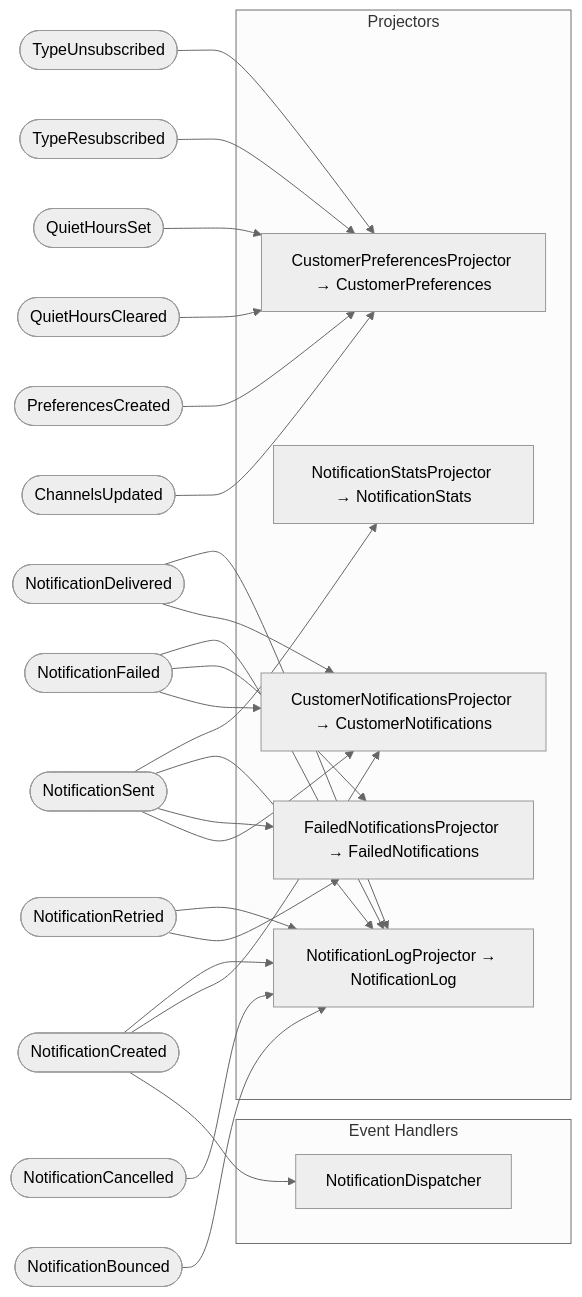
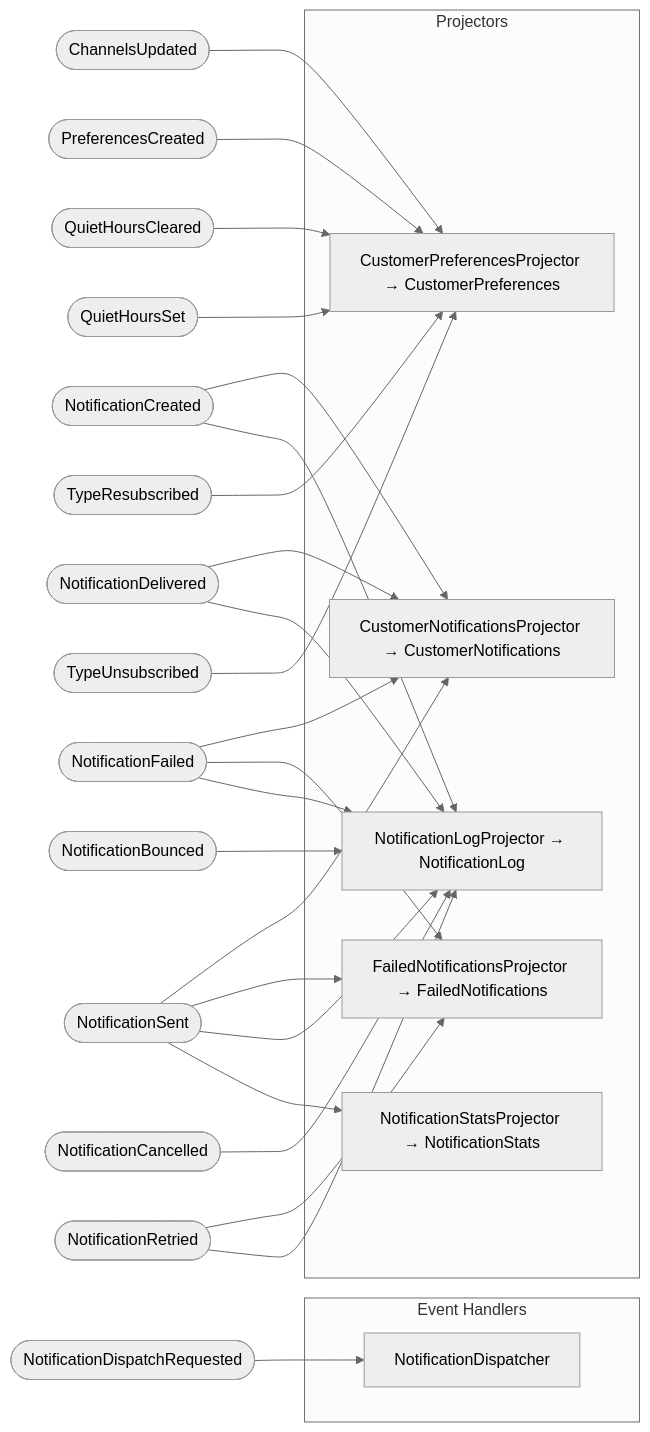
Before and after one commit to proteanhq/shopstream: the third of 3 diagrams in docs/notifications/event-flows.md, drawn with Mermaid (neutral theme). The commit also changed other lines of this file and 33 other files, not shown here.

````diff
--- a/docs/notifications/event-flows.md
+++ b/docs/notifications/event-flows.md
@@ -73,48 +79,49 @@
 ```mermaid
 flowchart LR
     evt_notifications_notification_events_NotificationBounced([NotificationBounced])
     evt_notifications_notification_events_NotificationCancelled([NotificationCancelled])
     evt_notifications_notification_events_NotificationCreated([NotificationCreated])
     evt_notifications_notification_events_NotificationDelivered([NotificationDelivered])
+    evt_notifications_notification_events_NotificationDispatchRequested([NotificationDispatchRequested])
     evt_notifications_notification_events_NotificationFailed([NotificationFailed])
     evt_notifications_notification_events_NotificationRetried([NotificationRetried])
     evt_notifications_notification_events_NotificationSent([NotificationSent])
     evt_notifications_preference_events_ChannelsUpdated([ChannelsUpdated])
     evt_notifications_preference_events_PreferencesCreated([PreferencesCreated])
     evt_notifications_preference_events_QuietHoursCleared([QuietHoursCleared])
     evt_notifications_preference_events_QuietHoursSet([QuietHoursSet])
     evt_notifications_preference_events_TypeResubscribed([TypeResubscribed])
     evt_notifications_preference_events_TypeUnsubscribed([TypeUnsubscribed])
     subgraph event_handlers["Event Handlers"]
         eh_notifications_notification_dispatch_NotificationDispatcher[NotificationDispatcher]
     end
     subgraph projectors["Projectors"]
         proj_notifications_projections_customer_notifications_CustomerNotificationsProjector[CustomerNotificationsProjector → CustomerNotifications]
         proj_notifications_projections_customer_preferences_CustomerPreferencesProjector[CustomerPreferencesProjector → CustomerPreferences]
         proj_notifications_projections_failed_notifications_FailedNotificationsProjector[FailedNotificationsProjector → FailedNotifications]
         proj_notifications_projections_notification_log_NotificationLogProjector[NotificationLogProjector → NotificationLog]
         proj_notifications_projections_notification_stats_NotificationStatsProjector[NotificationStatsProjector → NotificationStats]
     end
-    evt_notifications_notification_events_NotificationCreated --> eh_notifications_notification_dispatch_NotificationDispatcher
+    evt_notifications_notification_events_NotificationDispatchRequested --> eh_notifications_notification_dispatch_NotificationDispatcher
     evt_notifications_notification_events_NotificationCreated --> proj_notifications_projections_customer_notifications_CustomerNotificationsProjector
     evt_notifications_notification_events_NotificationDelivered --> proj_notifications_projections_customer_notifications_CustomerNotificationsProjector
     evt_notifications_notification_events_NotificationFailed --> proj_notifications_projections_customer_notifications_CustomerNotificationsProjector
     evt_notifications_notification_events_NotificationSent --> proj_notifications_projections_customer_notifications_CustomerNotificationsProjector
     evt_notifications_preference_events_ChannelsUpdated --> proj_notifications_projections_customer_preferences_CustomerPreferencesProjector
     evt_notifications_preference_events_PreferencesCreated --> proj_notifications_projections_customer_preferences_CustomerPreferencesProjector
     evt_notifications_preference_events_QuietHoursCleared --> proj_notifications_projections_customer_preferences_CustomerPreferencesProjector
     evt_notifications_preference_events_QuietHoursSet --> proj_notifications_projections_customer_preferences_CustomerPreferencesProjector
     evt_notifications_preference_events_TypeResubscribed --> proj_notifications_projections_customer_preferences_CustomerPreferencesProjector
     evt_notifications_preference_events_TypeUnsubscribed --> proj_notifications_projections_customer_preferences_CustomerPreferencesProjector
     evt_notifications_notification_events_NotificationFailed --> proj_notifications_projections_failed_notifications_FailedNotificationsProjector
     evt_notifications_notification_events_NotificationRetried --> proj_notifications_projections_failed_notifications_FailedNotificationsProjector
     evt_notifications_notification_events_NotificationSent --> proj_notifications_projections_failed_notifications_FailedNotificationsProjector
     evt_notifications_notification_events_NotificationBounced --> proj_notifications_projections_notification_log_NotificationLogProjector
     evt_notifications_notification_events_NotificationCancelled --> proj_notifications_projections_notification_log_NotificationLogProjector
     evt_notifications_notification_events_NotificationCreated --> proj_notifications_projections_notification_log_NotificationLogProjector
     evt_notifications_notification_events_NotificationDelivered --> proj_notifications_projections_notification_log_NotificationLogProjector
     evt_notifications_notification_events_NotificationFailed --> proj_notifications_projections_notification_log_NotificationLogProjector
     evt_notifications_notification_events_NotificationRetried --> proj_notifications_projections_notification_log_NotificationLogProjector
     evt_notifications_notification_events_NotificationSent --> proj_notifications_projections_notification_log_NotificationLogProjector
     evt_notifications_notification_events_NotificationSent --> proj_notifications_projections_notification_stats_NotificationStatsProjector
 ```
````
